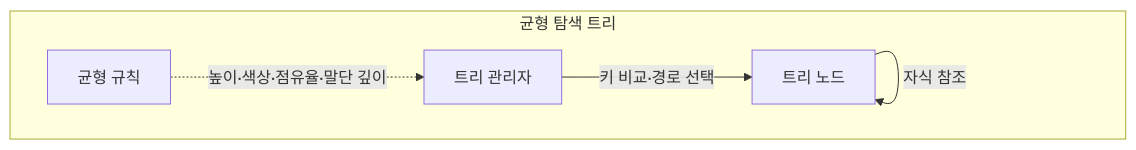
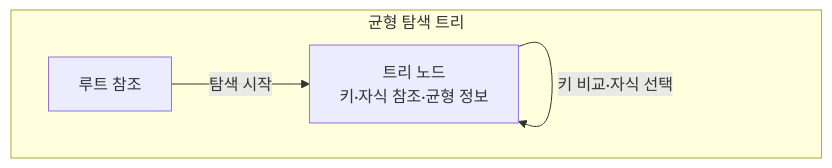
The first of 3 diagrams in src/content/docs/notes/01-basic-theory/008_tree_data_structures.md (agnusdei1207/knowledge-base), drawn with Mermaid before and after one commit. The commit also changed other lines of this file and 7 other files, not shown here.

````diff
--- a/src/content/docs/notes/01-basic-theory/008_tree_data_structures.md
+++ b/src/content/docs/notes/01-basic-theory/008_tree_data_structures.md
@@ -60,11 +60,9 @@
 ```mermaid
 flowchart TB
     subgraph TREE[균형 탐색 트리]
-        MGR[트리 관리자]
-        NODE[트리 노드]
-        RULE[균형 규칙]
-        MGR -->|키 비교·경로 선택| NODE
-        NODE -->|자식 참조| NODE
-        RULE -.->|높이·색상·점유율·말단 깊이| MGR
+        ROOT[루트 참조]
+        NODE[트리 노드<br/>키·자식 참조·균형 정보]
+        ROOT -->|탐색 시작| NODE
+        NODE -->|키 비교·자식 선택| NODE
     end
 ```
````
